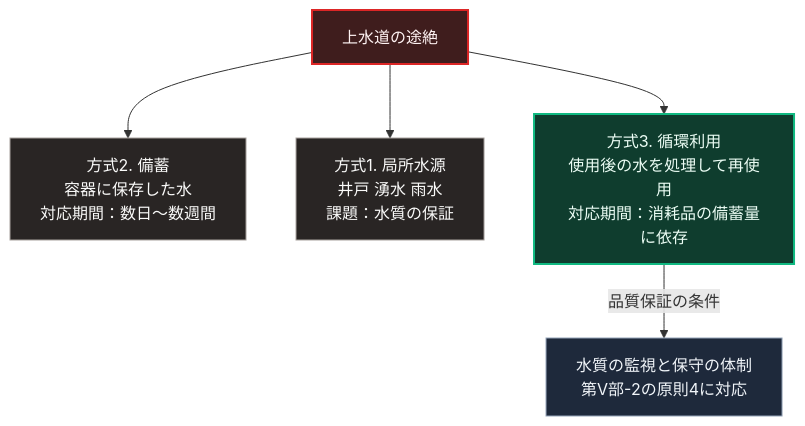
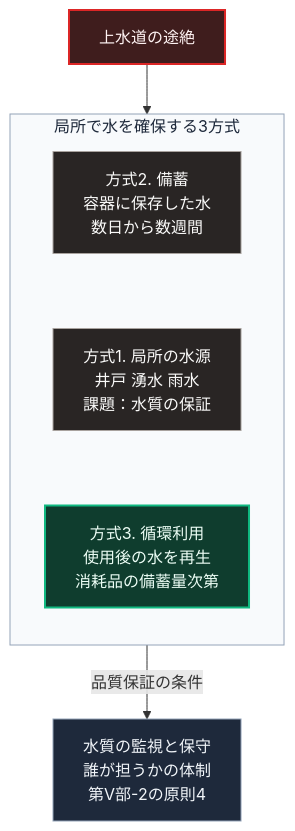
Before and after one commit to Takenori-Kusaka/zenn-content: the diagram in books/sovereign-resilience-blueprint/53_decentralized-water-wota-closed-loop.md, drawn with Mermaid. The commit also changed other lines of this file and 114 other files, not shown here.

````diff
--- a/books/sovereign-resilience-blueprint/53_decentralized-water-wota-closed-loop.md
+++ b/books/sovereign-resilience-blueprint/53_decentralized-water-wota-closed-loop.md
@@ -61,14 +61,18 @@
 ```mermaid
 flowchart TD
     W[上水道の途絶]
-    W --> M2[方式2. 備蓄<br>容器に保存した水<br>対応期間：数日〜数週間]
-    W --> M1[方式1. 局所水源<br>井戸 湧水 雨水<br>課題：水質の保証]
-    W --> M3[方式3. 循環利用<br>使用後の水を処理して再使用<br>対応期間：消耗品の備蓄量に依存]
-    M3 -->|品質保証の条件| Q[水質の監視と保守の体制<br>第Ⅴ部-2の原則4に対応]
+    W --> G
+    subgraph G[局所で水を確保する3方式]
+        direction TB
+        M2[方式2. 備蓄<br>容器に保存した水<br>数日から数週間] ~~~ M1[方式1. 局所の水源<br>井戸 湧水 雨水<br>課題：水質の保証]
+        M1 ~~~ M3[方式3. 循環利用<br>使用後の水を再生<br>消耗品の備蓄量次第]
+    end
+    M3 -->|品質保証の条件| Q[水質の監視と保守<br>誰が担うかの体制<br>第Ⅴ部-2の原則4]
 
     style W fill:#3f1d1d,stroke:#dc2626,stroke-width:2px,color:#fef2f2
     style M2 fill:#292524,stroke:#a8a29e,color:#fafaf9
     style M1 fill:#292524,stroke:#a8a29e,color:#fafaf9
     style M3 fill:#0f3d2e,stroke:#10b981,stroke-width:2px,color:#ecfdf5
     style Q fill:#1e293b,stroke:#94a3b8,color:#f1f5f9
+    style G fill:#f8fafc,stroke:#94a3b8,color:#1e293b
 ```
````
